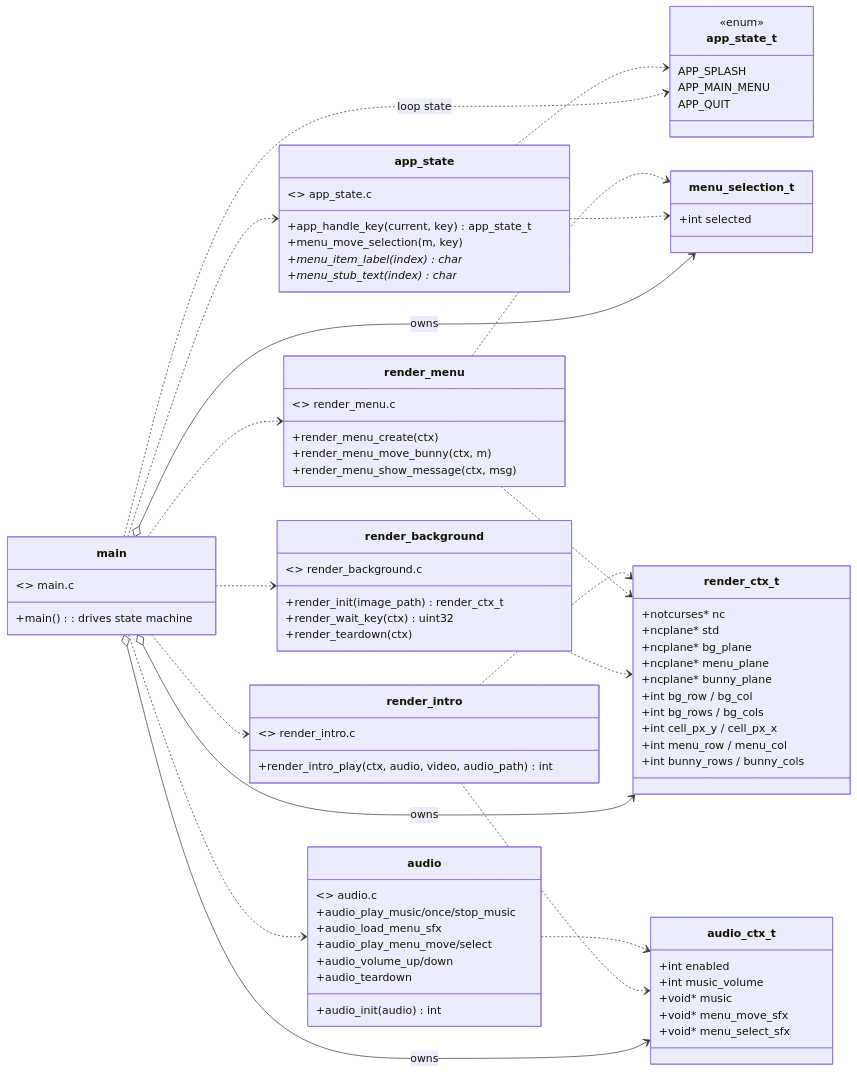
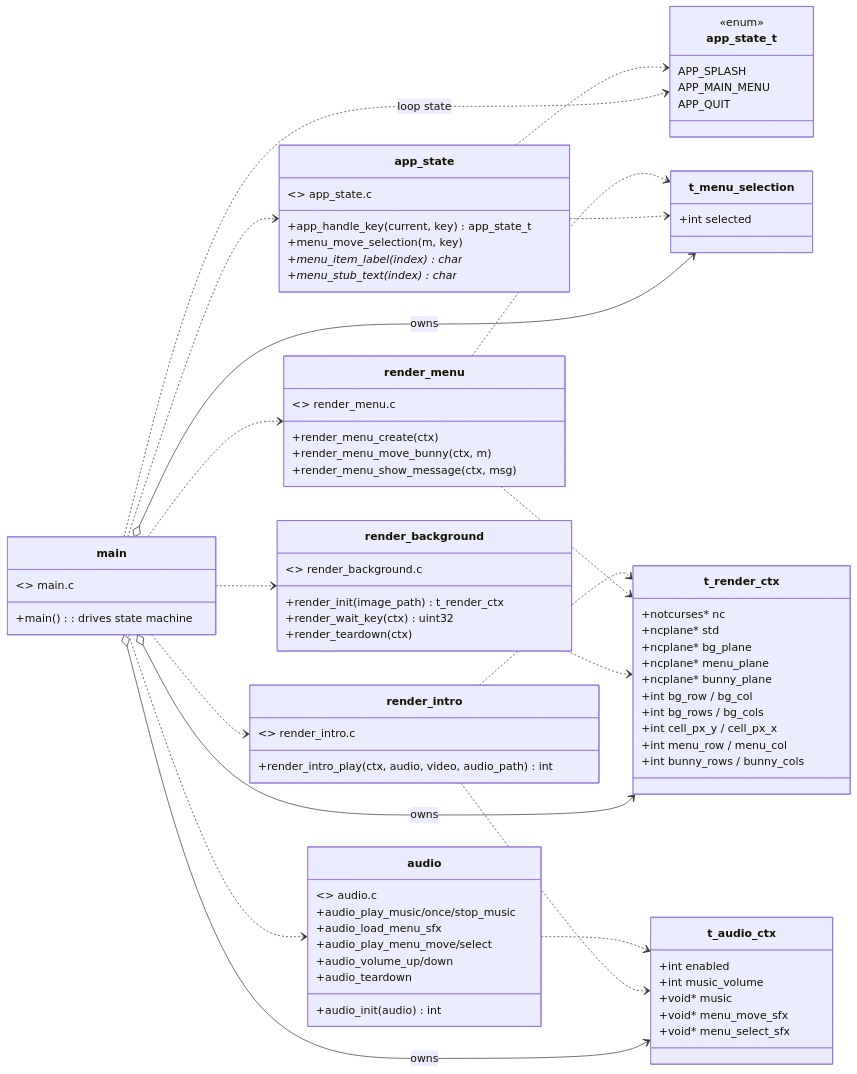
The fifth of 6 diagrams in docs/diagrams/component_diagrams/components_diagrams.md (ziqiqiiii/tetriSH), drawn with Mermaid before and after one commit. The commit also changed 29 other files, not shown here.

````diff
--- a/docs/diagrams/component_diagrams/components_diagrams.md
+++ b/docs/diagrams/component_diagrams/components_diagrams.md
@@ -545,17 +545,17 @@
         APP_QUIT
     }
 
-    class menu_selection_t {
+    class t_menu_selection {
         +int selected
     }
-    class audio_ctx_t {
+    class t_audio_ctx {
         +int enabled
         +int music_volume
         +void* music
         +void* menu_move_sfx
         +void* menu_select_sfx
     }
-    class render_ctx_t {
+    class t_render_ctx {
         +notcurses* nc
         +ncplane* std
         +ncplane* bg_plane
@@ -577,7 +577,7 @@
     }
     class render_background {
         <<module>> render_background.c
-        +render_init(image_path) render_ctx_t
+        +render_init(image_path) t_render_ctx
         +render_wait_key(ctx) uint32
         +render_teardown(ctx)
     }
@@ -605,9 +605,9 @@
         +main() : drives state machine
     }
 
-    main o--> render_ctx_t : owns
-    main o--> audio_ctx_t : owns
-    main o--> menu_selection_t : owns
+    main o--> t_render_ctx : owns
+    main o--> t_audio_ctx : owns
+    main o--> t_menu_selection : owns
     main ..> app_state_t : loop state
 
     main ..> app_state
@@ -617,11 +617,11 @@
     main ..> audio
 
     app_state ..> app_state_t
-    app_state ..> menu_selection_t
-    render_background ..> render_ctx_t
-    render_menu ..> render_ctx_t
-    render_menu ..> menu_selection_t
-    render_intro ..> render_ctx_t
-    render_intro ..> audio_ctx_t
-    audio ..> audio_ctx_t
+    app_state ..> t_menu_selection
+    render_background ..> t_render_ctx
+    render_menu ..> t_render_ctx
+    render_menu ..> t_menu_selection
+    render_intro ..> t_render_ctx
+    render_intro ..> t_audio_ctx
+    audio ..> t_audio_ctx
 ```
````
